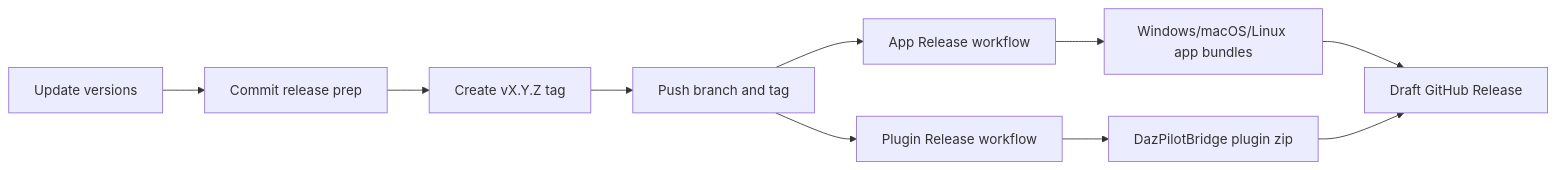
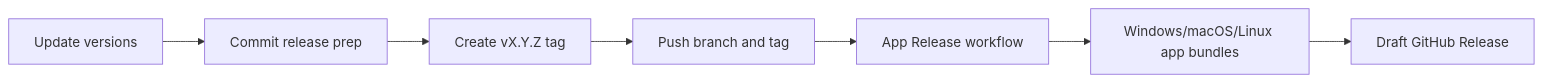
The diagram in docs/RELEASE_GUIDE.md (millsydotdev/DAZPilot), drawn with Mermaid before and after one commit. The commit also changed other lines of this file and 56 other files, not shown here.

````diff
--- a/docs/RELEASE_GUIDE.md
+++ b/docs/RELEASE_GUIDE.md
@@ -9,12 +9,9 @@
 ```mermaid
 flowchart LR
   Version["Update versions"] --> Commit["Commit release prep"]
   Commit --> Tag["Create vX.Y.Z tag"]
   Tag --> Push["Push branch and tag"]
   Push --> App["App Release workflow"]
-  Push --> Plugin["Plugin Release workflow"]
   App --> Bundles["Windows/macOS/Linux app bundles"]
-  Plugin --> Bridge["DazPilotBridge plugin zip"]
   Bundles --> Draft["Draft GitHub Release"]
-  Bridge --> Draft
 ```
````
